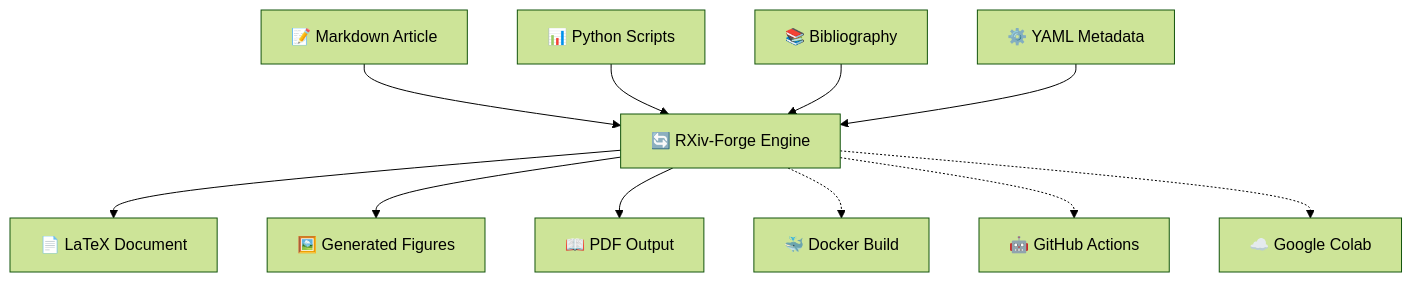
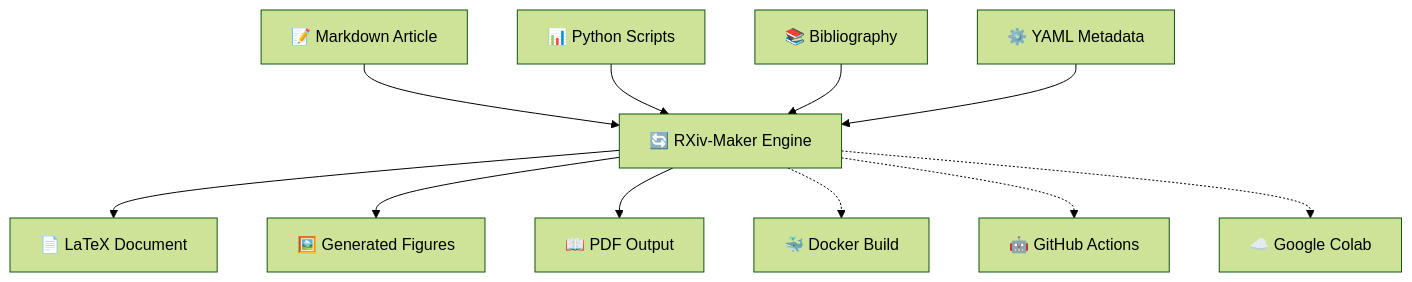
The diagram in README.md (paxcalpt/rxiv-maker), drawn with Mermaid (forest theme) before and after one commit. The commit also changed other lines of this file and 58 other files, not shown here.

First line of the commit message:
Complete rebranding from article-forge to rxiv-maker

````diff
--- a/README.md
+++ b/README.md
@@ -276,15 +276,15 @@
 ```mermaid
 graph TD
-    A[📝 Markdown Article] --> E[🔄 RXiv-Forge Engine]
+    A[📝 Markdown Article] --> E[🔄 RXiv-Maker Engine]
     B[📊 Python Scripts] --> E
     C[📚 Bibliography] --> E
     D[⚙️ YAML Metadata] --> E
     
     E --> F[📄 LaTeX Document]
     E --> G[🖼️ Generated Figures]
     E --> H[📖 PDF Output]
     
     E -.-> I[🐳 Docker Build]
     E -.-> J[🤖 GitHub Actions]
     E -.-> K[☁️ Google Colab]
 ```
````
